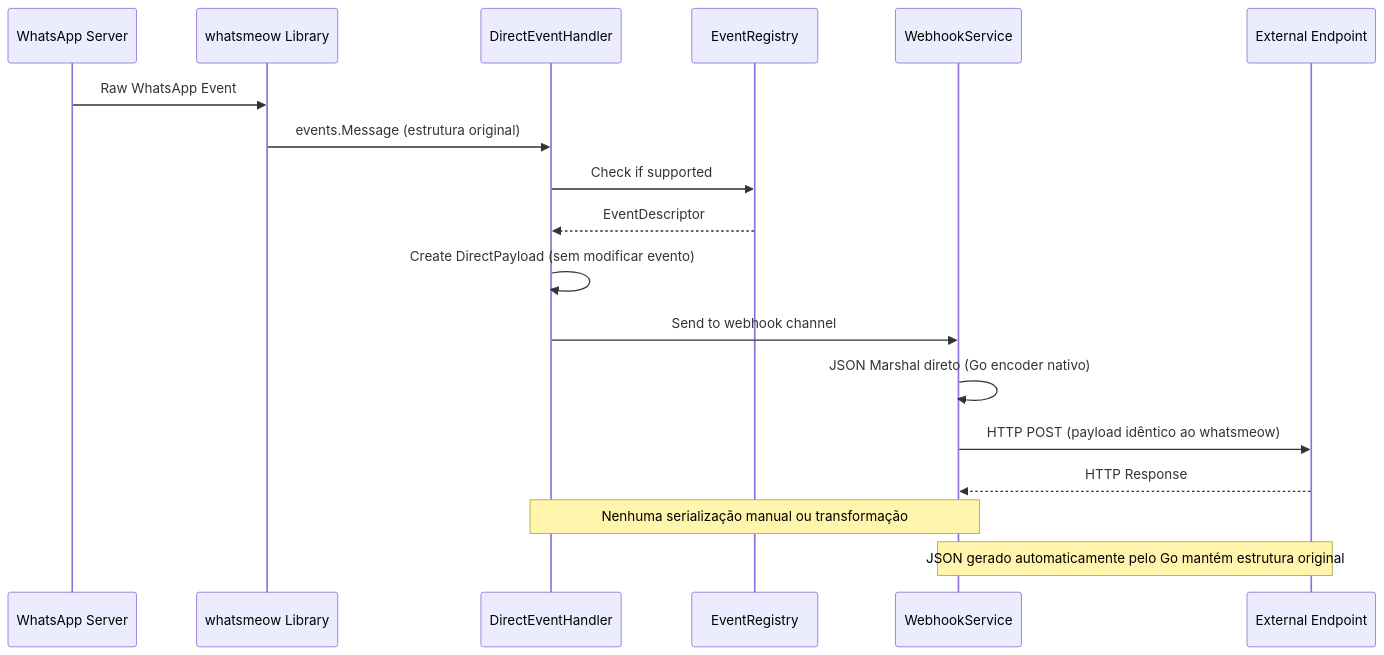
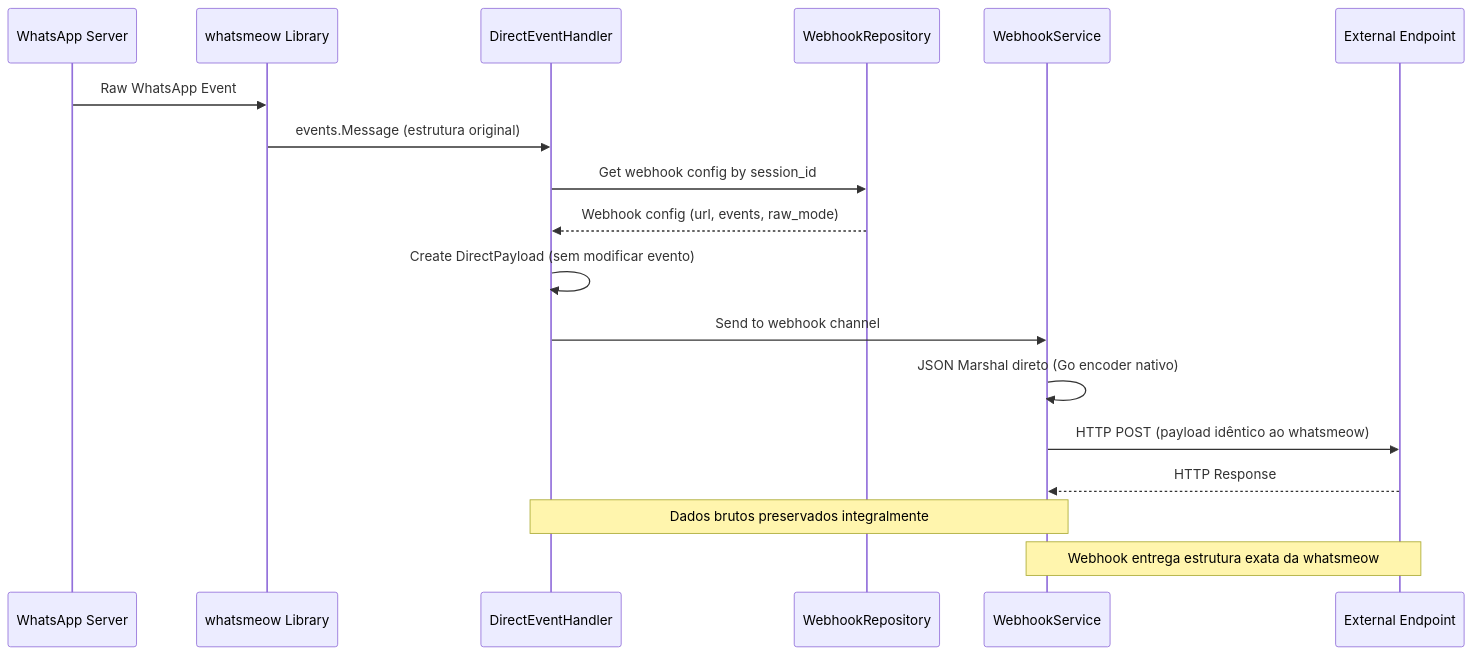
Before and after one commit to fgsgalvaosz/zemeow: diagram 18 of 18 in .qoder/quests/webhook-refactoring.md, drawn with Mermaid. The commit also changed other lines of this file and 13 other files, not shown here.

First line of the commit message:
refactor(webhook): refatorar sistema de webhooks para estrutura nativa

````diff
--- a/.qoder/quests/webhook-refactoring.md
+++ b/.qoder/quests/webhook-refactoring.md
@@ -502,22 +842,22 @@
 ```mermaid
 sequenceDiagram
     participant WA as WhatsApp Server
     participant WM as whatsmeow Library
     participant DEH as DirectEventHandler
-    participant ER as EventRegistry
+    participant WR as WebhookRepository
     participant WS as WebhookService
     participant EP as External Endpoint
     
     WA->>WM: Raw WhatsApp Event
     WM->>DEH: events.Message (estrutura original)
-    DEH->>ER: Check if supported
-    ER-->>DEH: EventDescriptor
+    DEH->>WR: Get webhook config by session_id
+    WR-->>DEH: Webhook config (url, events, raw_mode)
     DEH->>DEH: Create DirectPayload (sem modificar evento)
     DEH->>WS: Send to webhook channel
     WS->>WS: JSON Marshal direto (Go encoder nativo)
     WS->>EP: HTTP POST (payload idêntico ao whatsmeow)
     EP-->>WS: HTTP Response
     
-    Note over DEH,WS: Nenhuma serialização manual ou transformação
-    Note over WS,EP: JSON gerado automaticamente pelo Go mantém estrutura original
+    Note over DEH,WS: Dados brutos preservados integralmente
+    Note over WS,EP: Webhook entrega estrutura exata da whatsmeow
 ```
````
